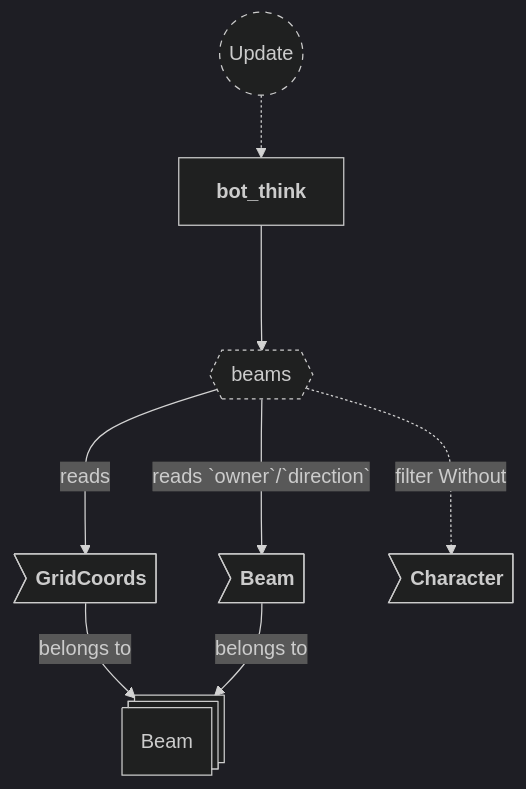
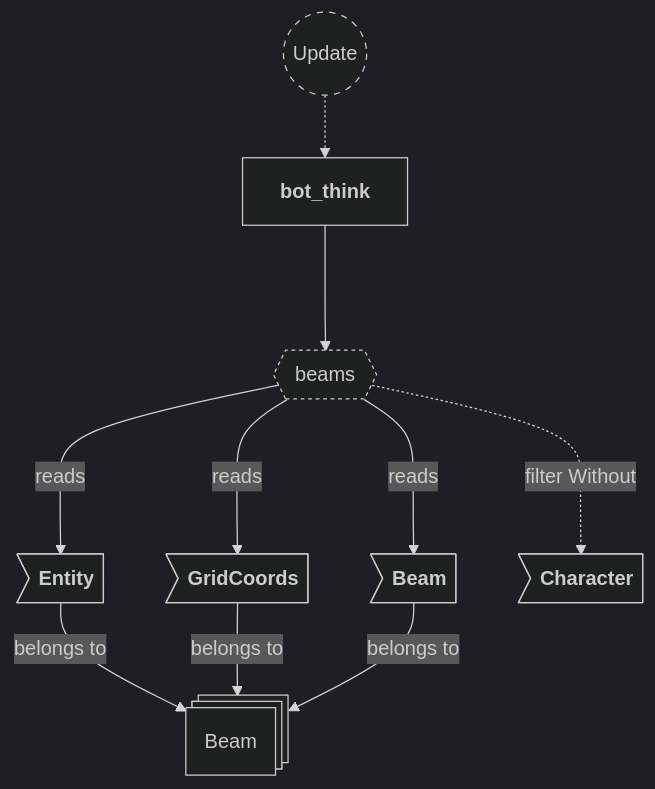
Before and after one commit to neurosoup/tyled: the seventh of 10 diagrams in backlog/docs/doc-20 - 018-Bot-plugin.md, drawn with Mermaid. The commit also changed other lines of this file, not shown here.

````diff
--- a/backlog/docs/doc-20 - 018-Bot-plugin.md
+++ b/backlog/docs/doc-20 - 018-Bot-plugin.md
@@ -242,28 +291,30 @@
 ```mermaid
 ---
 config:
   theme: dark
 ---
 
 flowchart TD
 classDef system-group stroke-dasharray: 5 5
 classDef query stroke-dasharray: 3 3
 
 update(("`Update`")):::system-group
 bot_think["`**bot_think**`"]
 
 update -.-> bot_think
 
 beams_query{{"`beams`"}}:::query
 bot_think ---> beams_query
 
 beam_entity@{ shape: st-rect, label: "Beam" }
 
-be_grid_coords>"`**GridCoords**`"] --> |belongs to| beam_entity
-be_beam>"`**Beam**`"] --> |belongs to| beam_entity
-be_character>"`**Character**`"]
+bm_entity>"`**Entity**`"] --> |belongs to| beam_entity
+bm_grid_coords>"`**GridCoords**`"] --> |belongs to| beam_entity
+bm_beam>"`**Beam**`"] --> |belongs to| beam_entity
+bm_character>"`**Character**`"]
 
-beams_query ---> |reads| be_grid_coords
-beams_query ---> |reads `owner`/`direction`| be_beam
-beams_query -..-> |filter Without| be_character
+beams_query ---> |reads| bm_entity
+beams_query ---> |reads| bm_grid_coords
+beams_query ---> |reads| bm_beam
+beams_query -..-> |filter Without| bm_character
 ```
````
